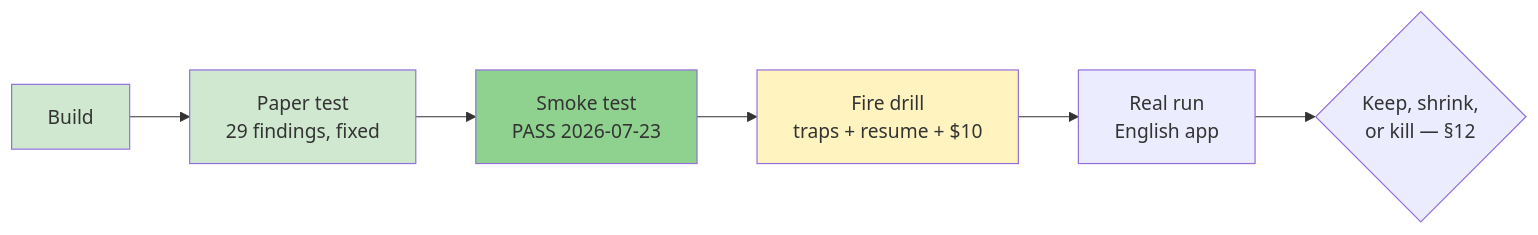
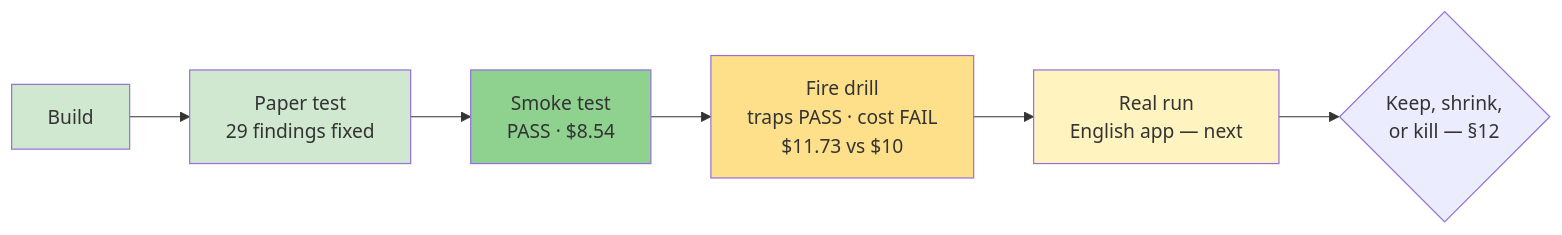
One commit to dkreinov/oplan changed the diagram in STATUS.md. Above: the diagram before and after it, drawn with Mermaid. The commit also changed other lines of this file and 3 other files, not shown here.

Commit message:
test: fire drill R2 - traps PASS, cost ceiling FAIL at $11.73, cross-run audit signal recorded

````diff
--- a/STATUS.md
+++ b/STATUS.md
@@ -13,12 +13,13 @@
 ```mermaid
 flowchart LR
-    B[Build] --> P[Paper test<br/>29 findings, fixed]
-    P --> S[Smoke test<br/>PASS 2026-07-23]
-    S --> F[Fire drill<br/>traps + resume + $10]
-    F --> R[Real run<br/>English app]
+    B[Build] --> P[Paper test<br/>29 findings fixed]
+    P --> S[Smoke test<br/>PASS · $8.54]
+    S --> F[Fire drill<br/>traps PASS · cost FAIL<br/>$11.73 vs $10]
+    F --> R[Real run<br/>English app — next]
     R --> K{Keep, shrink,<br/>or kill — §12}
     style B fill:#cfe8cf
     style P fill:#cfe8cf
     style S fill:#8fd18f
-    style F fill:#fff3bf
+    style F fill:#ffe08a
+    style R fill:#fff3bf
 ```
````
